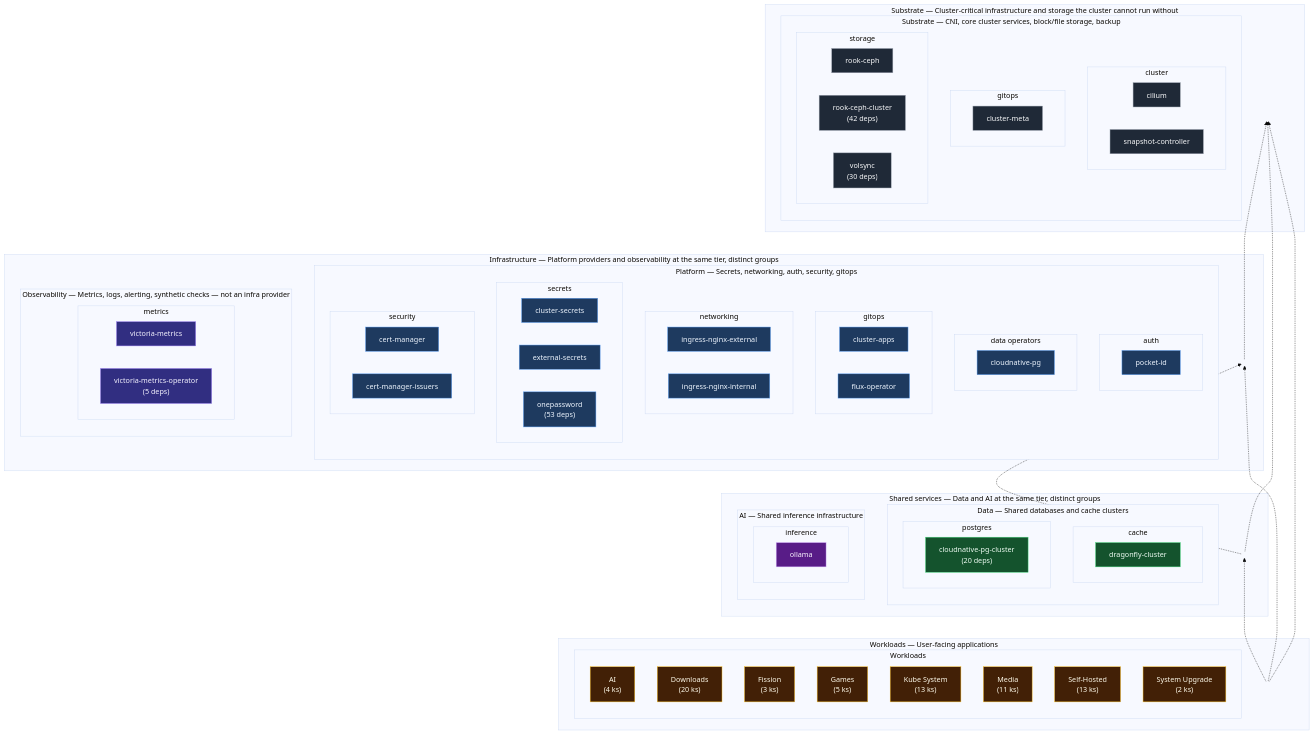
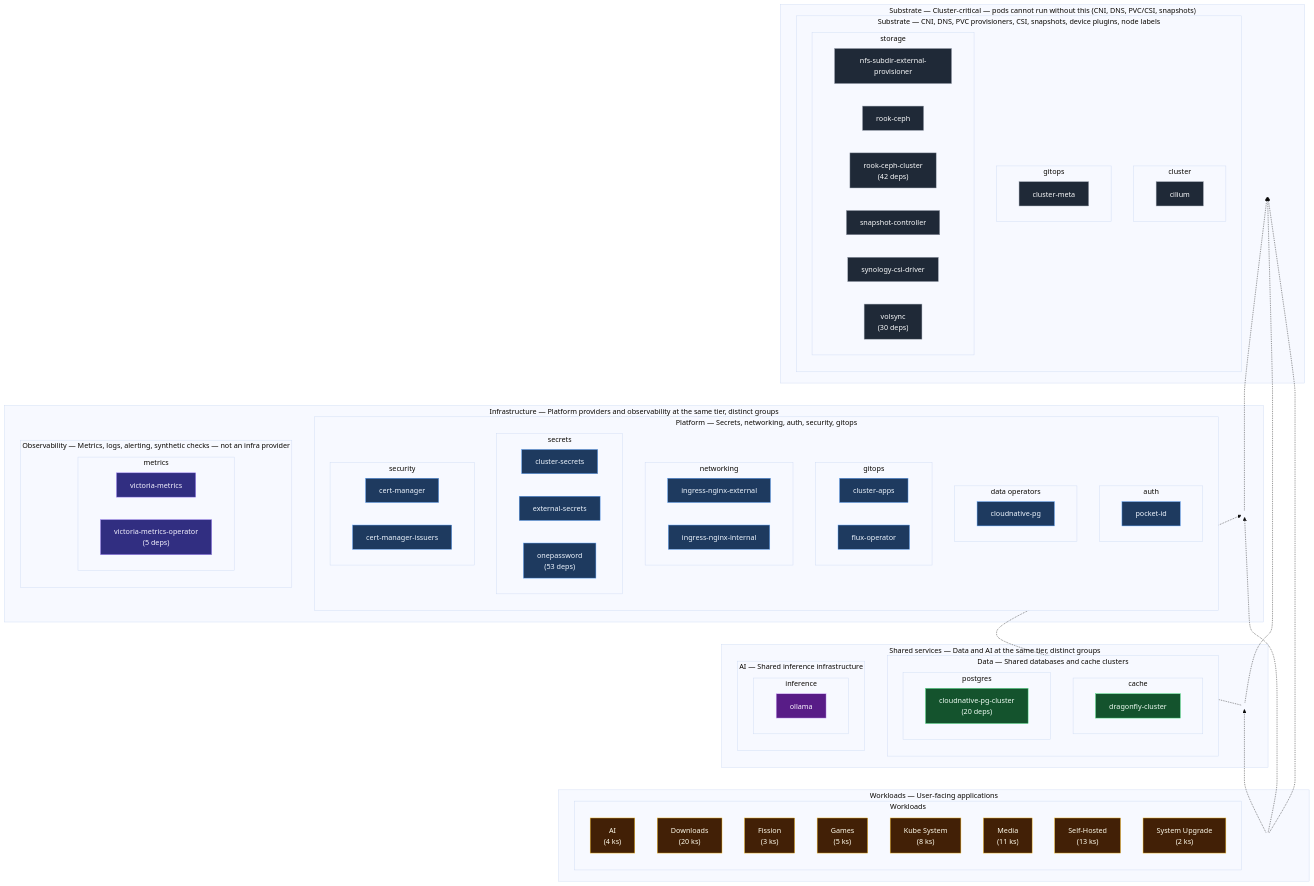
Before and after one commit to zebernst/homelab: the diagram in docs/architecture/README.md, drawn with Mermaid (base theme). The commit also changed other lines of this file and 3 other files, not shown here.

First line of the commit message:
fix(architecture): broaden substrate to PVC-critical kube-system

```diff
--- a/docs/architecture/README.md
+++ b/docs/architecture/README.md
@@ -15,23 +15,27 @@
 
   %% Cross-tier dependsOn summary (higher tier -.-> lower tier it depends on)
 
-  subgraph vt0["Substrate — Cluster-critical infrastructure and storage the cluster cannot run without"]
-    subgraph g_substrate["Substrate — CNI, core cluster services, block/file storage, backup"]
+  subgraph vt0["Substrate — Cluster-critical — pods cannot run without this (CNI, DNS, PVC/CSI, snapshots)"]
+    subgraph g_substrate["Substrate — CNI, DNS, PVC provisioners, CSI, snapshots, device plugins, node labels"]
       subgraph p_substrate_substrate_cluster["cluster"]
         cilium["cilium"]
         class cilium substrate
-        snapshot_controller["snapshot-controller"]
-        class snapshot_controller substrate
       end
       subgraph p_substrate_substrate_gitops["gitops"]
         cluster_meta["cluster-meta"]
         class cluster_meta substrate
       end
       subgraph p_substrate_substrate_storage["storage"]
+        nfs_subdir_external_provisioner["nfs-subdir-external-provisioner"]
+        class nfs_subdir_external_provisioner substrate
         rook_ceph["rook-ceph"]
         class rook_ceph substrate
         rook_ceph_cluster["rook-ceph-cluster<br/>(42 deps)"]
         class rook_ceph_cluster substrate
+        snapshot_controller["snapshot-controller"]
+        class snapshot_controller substrate
+        synology_csi_driver["synology-csi-driver"]
+        class synology_csi_driver substrate
         volsync["volsync<br/>(30 deps)"]
         class volsync substrate
       end
@@ -120,7 +124,7 @@
       class wl_fission workloads
       wl_games["Games<br/>(5 ks)"]
       class wl_games workloads
-      wl_kube_system["Kube System<br/>(13 ks)"]
+      wl_kube_system["Kube System<br/>(8 ks)"]
       class wl_kube_system workloads
       wl_media["Media<br/>(11 ks)"]
       class wl_media workloads
```
